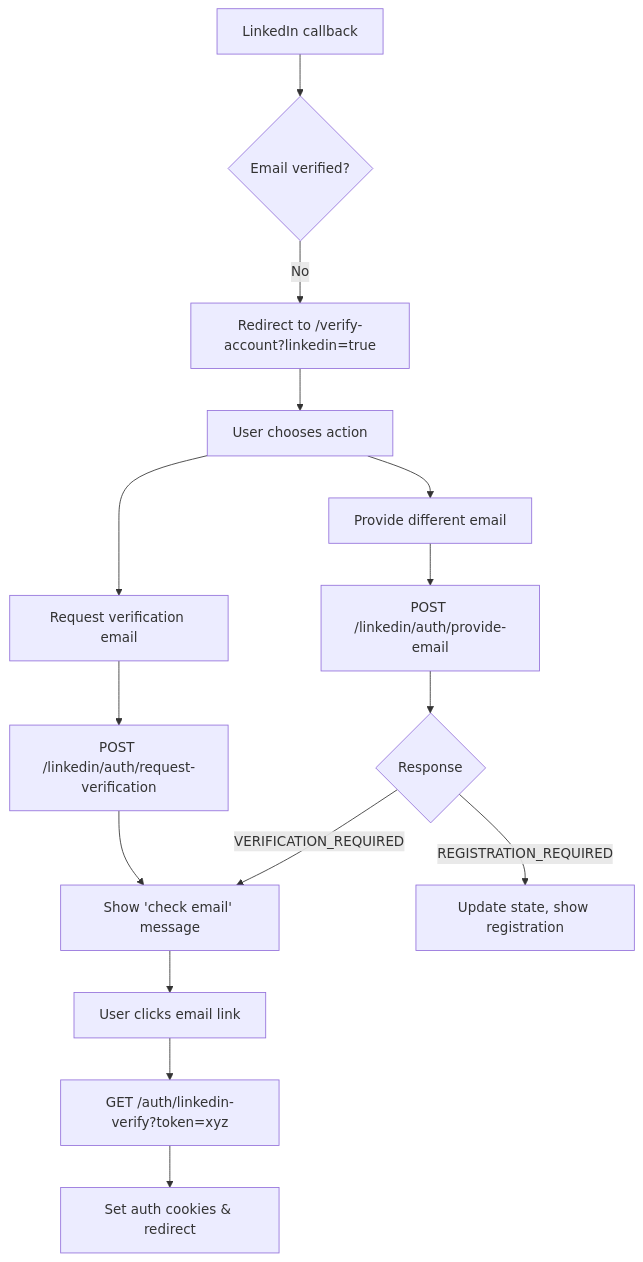
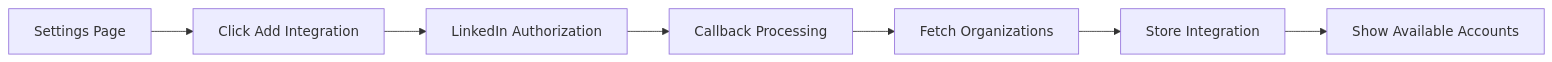
One commit to G11-999/kiwiq changed the eighth of 10 diagrams in docs/design_docs/linkedin_integrations/LINKEDIN_OAUTH_DESIGN.md. Above: the diagram before and after it, drawn with Mermaid. The commit also changed other lines of this file and 6 other files, not shown here.

````diff
--- a/docs/design_docs/linkedin_integrations/LINKEDIN_OAUTH_DESIGN.md
+++ b/docs/design_docs/linkedin_integrations/LINKEDIN_OAUTH_DESIGN.md
@@ -682,20 +701,9 @@
 ```mermaid
-flowchart TD
-    A[LinkedIn callback] --> B{Email verified?}
-    B -->|No| C[Redirect to /verify-account?linkedin=true]
-    C --> D[User chooses action]
-    
-    D --> E[Request verification email]
-    E --> F[POST /linkedin/auth/request-verification]
-    F --> G[Show 'check email' message]
-    
-    D --> H[Provide different email]
-    H --> I[POST /linkedin/auth/provide-email]
-    I --> J{Response}
-    J -->|VERIFICATION_REQUIRED| G
-    J -->|REGISTRATION_REQUIRED| K[Update state, show registration]
-    
-    G --> L[User clicks email link]
-    L --> M[GET /auth/linkedin-verify?token=xyz]
-    M --> N[Set auth cookies & redirect]
+flowchart LR
+    A[Settings Page] --> B[Click Add Integration]
+    B --> C[LinkedIn Authorization]
+    C --> D[Callback Processing]
+    D --> E[Fetch Organizations]
+    E --> F[Store Integration]
+    F --> G[Show Available Accounts]
 ```
````
